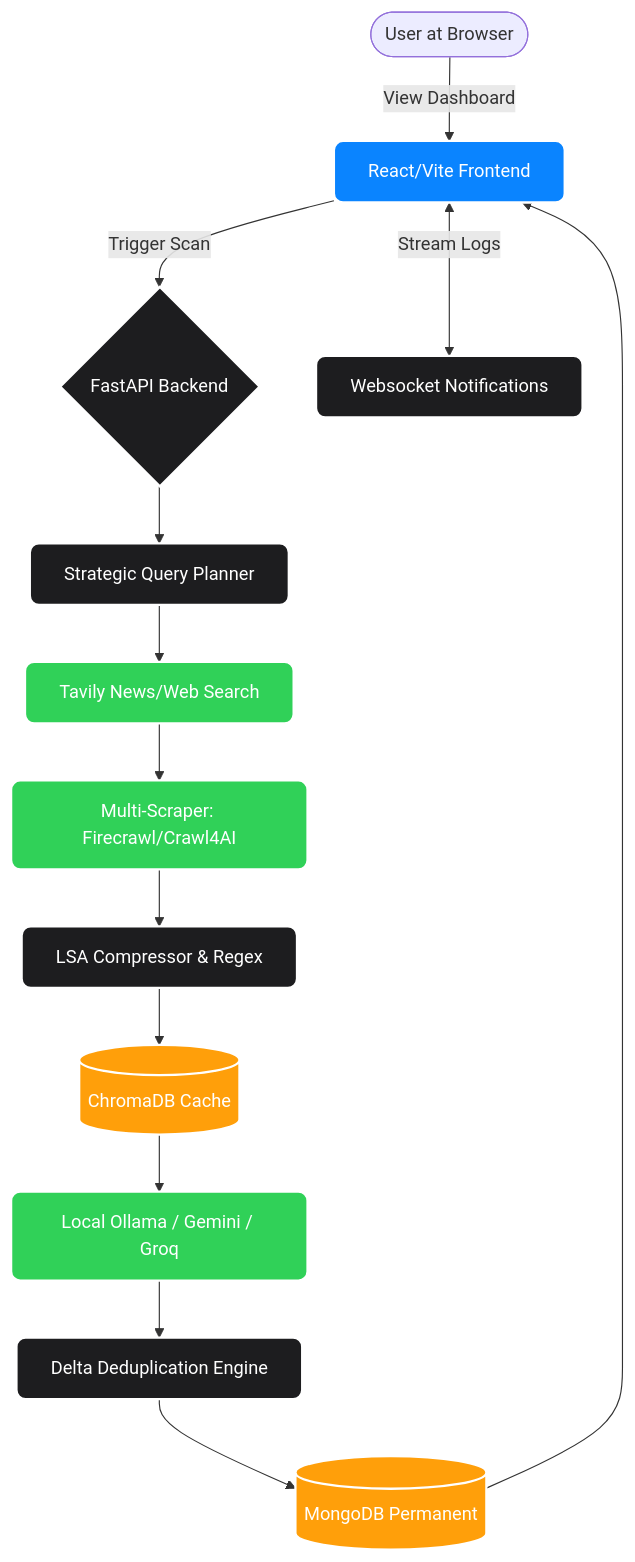
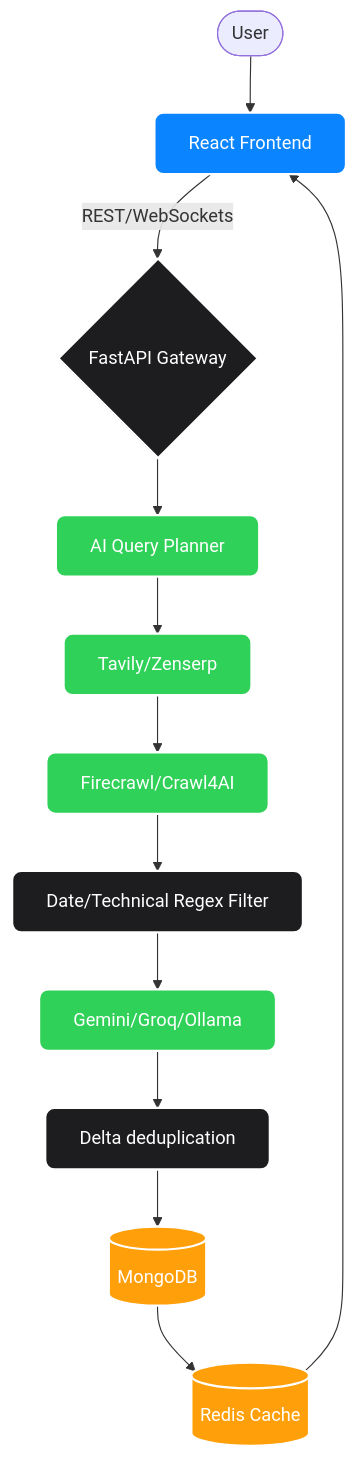
The diagram in README.md (Deepukumar12/Market_Scout_Agent_Final), drawn with Mermaid before and after one commit. The commit also changed other lines of this file, not shown here.

````diff
--- a/README.md
+++ b/README.md
@@ -53,25 +103,21 @@
 ```mermaid
 graph TD
-    %% Colors
     classDef client fill:#0A84FF,stroke:#fff,stroke-width:2px,color:#fff,rx:8px,ry:8px;
     classDef processing fill:#1D1D1F,stroke:#fff,stroke-width:2px,color:#fff,rx:8px,ry:8px;
     classDef ai fill:#30D158,stroke:#fff,stroke-width:2px,color:#fff,rx:8px,ry:8px;
     classDef db fill:#FF9F0A,stroke:#fff,stroke-width:2px,color:#fff,rx:8px,ry:8px;
 
-    User([User at Browser]) -->|View Dashboard| UI[React/Vite Frontend]:::client
-    UI -->|Trigger Scan| Gateway{FastAPI Backend}:::processing
-    UI <-->|Stream Logs| Websockets[Websocket Notifications]:::processing
-
-    Gateway --> Planner[Strategic Query Planner]:::processing
-    Planner --> Search[Tavily News/Web Search]:::ai
-    Search --> Scraper[Multi-Scraper: Firecrawl/Crawl4AI]:::ai
+    User([User]) --> UI[React Frontend]:::client
+    UI -->|REST/WebSockets| Gateway{FastAPI Gateway}:::processing
     
-    Scraper --> Clean[LSA Compressor & Regex]:::processing
-    Clean --> Chroma[(ChromaDB Cache)]:::db
+    Gateway --> Planner[AI Query Planner]:::ai
+    Planner --> Search[Tavily/Zenserp]:::ai
+    Search --> Scraper[Firecrawl/Crawl4AI]:::ai
+    Scraper --> Filter[Date/Technical Regex Filter]:::processing
+    Filter --> LLM[Gemini/Groq/Ollama]:::ai
+    LLM --> Delta[Delta deduplication]:::processing
     
-    Chroma --> LLM[Local Ollama / Gemini / Groq]:::ai
-    LLM --> Delta[Delta Deduplication Engine]:::processing
-    Delta --> MongoDB[(MongoDB Permanent)]:::db
-    
-    MongoDB --> UI
+    Delta --> MongoDB[(MongoDB)]:::db
+    MongoDB --> Cache[(Redis Cache)]:::db
+    Cache --> UI
 ```
````
